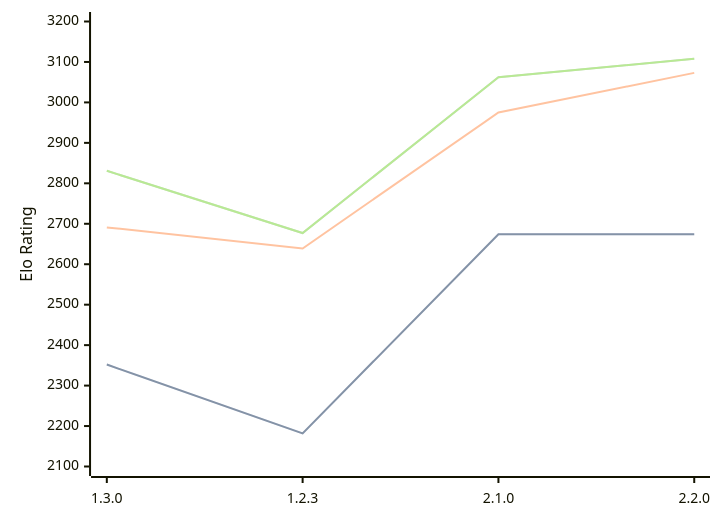
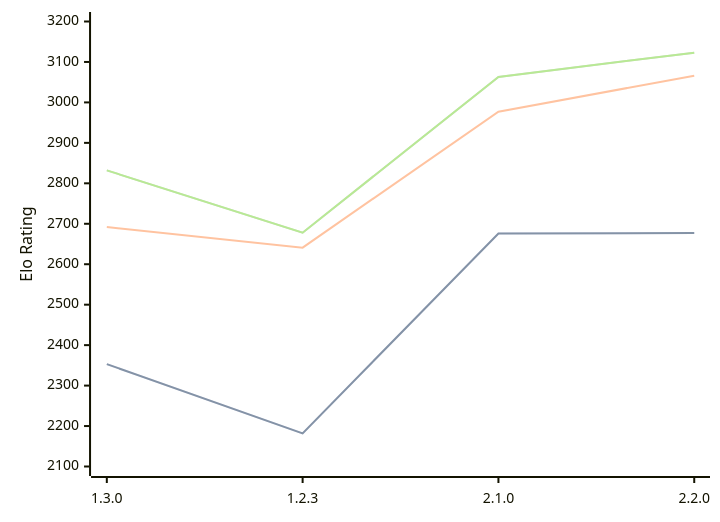
One commit to computer-chess-index/cci changed the first of 3 diagrams in engines/Aspen.md. Above: the diagram before and after it, drawn with Mermaid. The commit also changed other lines of this file, not shown here.

Commit message:
Update CCI Ratings (ELO VLTC) - 2026-06-23

````diff
--- a/engines/Aspen.md
+++ b/engines/Aspen.md
@@ -43,11 +43,11 @@
 ```mermaid
 %%{init: {"theme":"base","themeVariables":{"seriesColors:['#a3a3a3','#222221','#faa371']}}}%%
 xychart-beta
   x-axis ["1.3.0", "1.2.3", "2.1.0", "2.2.0"]
   y-axis "Elo Rating" 2100 --> 3200
-  line "STC (8.0+0.08s)" [2352, 2182, 2674, 2674]
-  line "STC (8.0+0.08s)" [2352, 2182, 2674, 2674]
-  line "LTC (60.0+0.60s)" [2691, 2639, 2975, 3073]
-  line "VLTC (2m24s+1.12s)" [2831, 2677, 3062, 3108]
-  line "VLTC (2m24s+1.12s)" [2831, 2677, 3062, 3108]
+  line "STC (8.0+0.08s)" [2353, 2182, 2676, 2677]
+  line "STC (8.0+0.08s)" [2353, 2182, 2676, 2677]
+  line "LTC (60.0+0.60s)" [2692, 2641, 2977, 3066]
+  line "VLTC (2m24s+1.12s)" [2832, 2678, 3063, 3123]
+  line "VLTC (2m24s+1.12s)" [2832, 2678, 3063, 3123]
 ```
````
